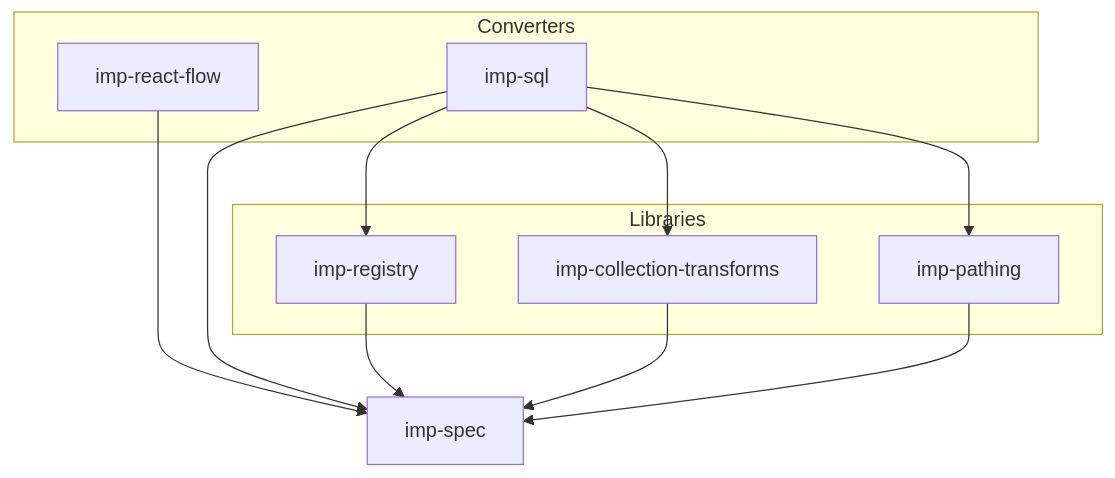
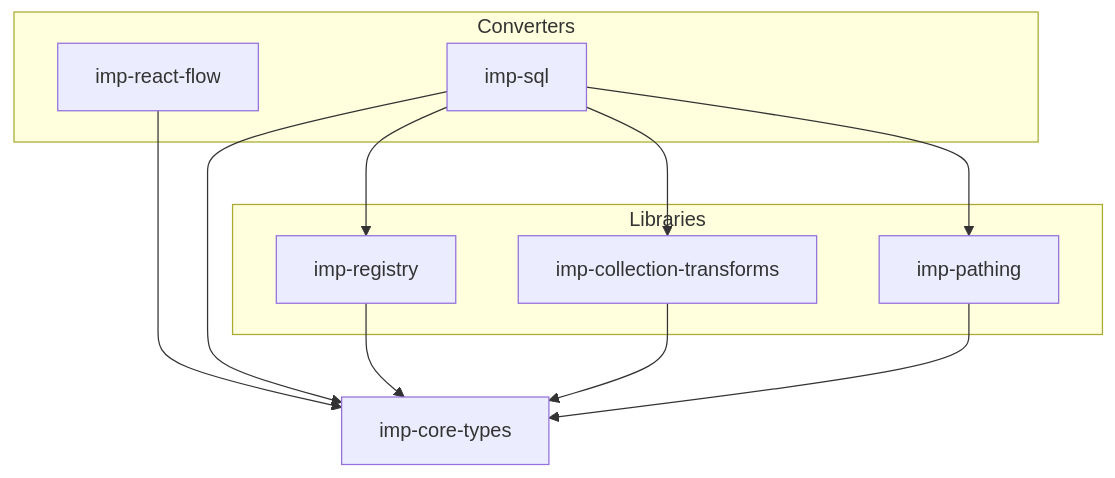
Before and after one commit to silentorb/imp-ts: the diagram in packages/README.md, drawn with Mermaid. The commit also changed other lines of this file and 51 other files, not shown here.

Commit message:
Rename imp-spec to imp-core-types and adopt 0.x semver with caret-locked workspace deps.

````diff
--- a/packages/README.md
+++ b/packages/README.md
@@ -12,25 +12,25 @@
 ```mermaid
 flowchart TB
-  SPEC[imp-spec]
+  SPEC[imp-core-types]
 
   subgraph libraries [Libraries]
     REG[imp-registry]
     CT[imp-collection-transforms]
     PATH[imp-pathing]
   end
 
   REG --> SPEC
   CT --> SPEC
   PATH --> SPEC
 
   subgraph converters [Converters]
     RF[imp-react-flow]
     SQL[imp-sql]
   end
 
   RF --> SPEC
   SQL --> SPEC
   SQL --> REG
   SQL --> CT
   SQL --> PATH
 ```
````
